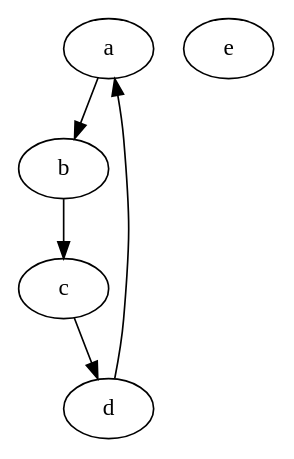
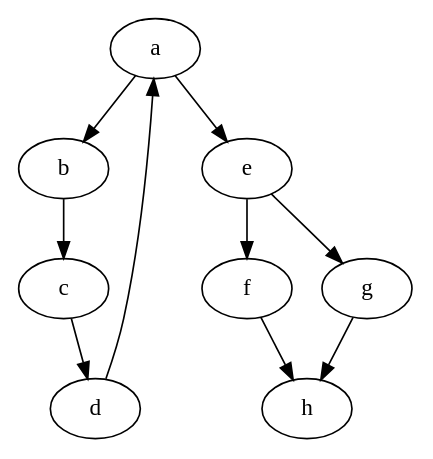
One commit to azya11/CSE4642026-ashamura-asu.edu changed the diagram in graphs/input.dot. Above: the diagram before and after it, drawn with Graphviz. The commit also changed 6 other files, not shown here.

```diff
--- a/graphs/input.dot
+++ b/graphs/input.dot
@@ -1,7 +1,11 @@
 digraph {
     a -> b;
     b -> c;
     c -> d;
     d -> a;
-    e;
+    a -> e;
+    e -> f;
+    e -> g;
+    f -> h;
+    g -> h;
 }
```
